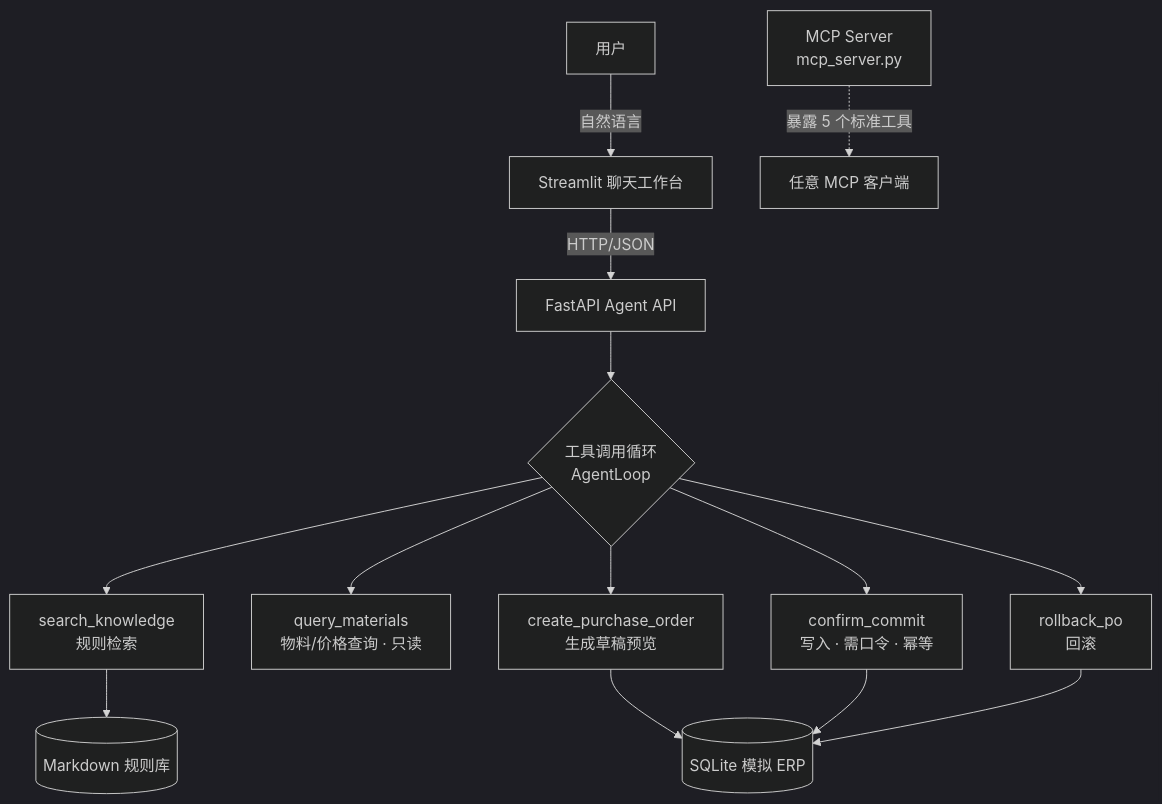
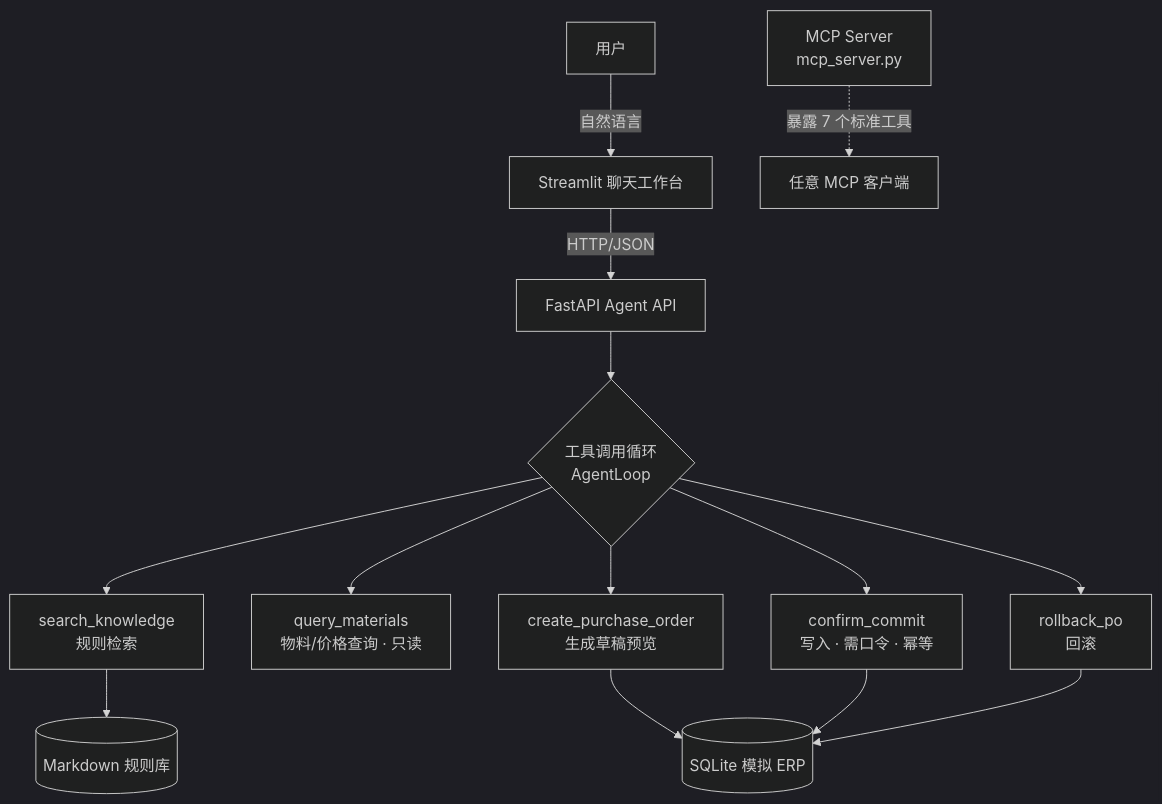
Before and after one commit to qiandewucimi-cpu/erp-procurement-agent: the diagram in README.md, drawn with Mermaid (dark theme). The commit also changed other lines of this file, not shown here.

````diff
--- a/README.md
+++ b/README.md
@@ -26,16 +26,16 @@
 ```mermaid
 flowchart TB
     U[用户] -->|自然语言| UI[Streamlit 聊天工作台]
     UI -->|HTTP/JSON| API[FastAPI Agent API]
     API --> LOOP{工具调用循环<br/>AgentLoop}
     LOOP --> SK[search_knowledge<br/>规则检索]
     LOOP --> QM[query_materials<br/>物料/价格查询 · 只读]
     LOOP --> CP[create_purchase_order<br/>生成草稿预览]
     LOOP --> CC[confirm_commit<br/>写入 · 需口令 · 幂等]
     LOOP --> RB[rollback_po<br/>回滚]
     CP --> DB[(SQLite 模拟 ERP)]
     CC --> DB
     RB --> DB
     SK --> KB[(Markdown 规则库)]
-    MCP[MCP Server<br/>mcp_server.py] -.->|暴露 5 个标准工具| EXT[任意 MCP 客户端]
+    MCP[MCP Server<br/>mcp_server.py] -.->|暴露 7 个标准工具| EXT[任意 MCP 客户端]
 ```
````
